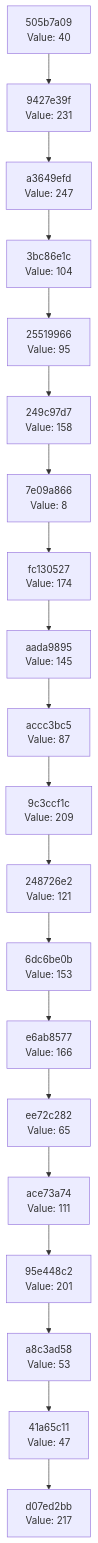
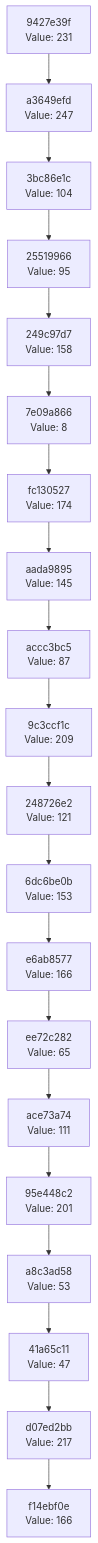
One commit to Abhisheksinha1506/hash-chain-evolver changed the diagram in docs/CHAIN_VISUALIZATION.md. Above: the diagram before and after it, drawn with Mermaid. The commit also changed 3 other files, not shown here.

````diff
--- a/docs/CHAIN_VISUALIZATION.md
+++ b/docs/CHAIN_VISUALIZATION.md
@@ -3,42 +3,42 @@
 ```mermaid
 graph TD
-    C0["d07ed2bb<br/>Value: 217"]
-    C1["41a65c11<br/>Value: 47"]
+    C0["f14ebf0e<br/>Value: 166"]
+    C1["d07ed2bb<br/>Value: 217"]
     C1 --> C0
-    C2["a8c3ad58<br/>Value: 53"]
+    C2["41a65c11<br/>Value: 47"]
     C2 --> C1
-    C3["95e448c2<br/>Value: 201"]
+    C3["a8c3ad58<br/>Value: 53"]
     C3 --> C2
-    C4["ace73a74<br/>Value: 111"]
+    C4["95e448c2<br/>Value: 201"]
     C4 --> C3
-    C5["ee72c282<br/>Value: 65"]
+    C5["ace73a74<br/>Value: 111"]
     C5 --> C4
-    C6["e6ab8577<br/>Value: 166"]
+    C6["ee72c282<br/>Value: 65"]
     C6 --> C5
-    C7["6dc6be0b<br/>Value: 153"]
+    C7["e6ab8577<br/>Value: 166"]
     C7 --> C6
-    C8["248726e2<br/>Value: 121"]
+    C8["6dc6be0b<br/>Value: 153"]
     C8 --> C7
-    C9["9c3ccf1c<br/>Value: 209"]
+    C9["248726e2<br/>Value: 121"]
     C9 --> C8
-    C10["accc3bc5<br/>Value: 87"]
+    C10["9c3ccf1c<br/>Value: 209"]
     C10 --> C9
-    C11["aada9895<br/>Value: 145"]
+    C11["accc3bc5<br/>Value: 87"]
     C11 --> C10
-    C12["fc130527<br/>Value: 174"]
+    C12["aada9895<br/>Value: 145"]
     C12 --> C11
-    C13["7e09a866<br/>Value: 8"]
+    C13["fc130527<br/>Value: 174"]
     C13 --> C12
-    C14["249c97d7<br/>Value: 158"]
+    C14["7e09a866<br/>Value: 8"]
     C14 --> C13
-    C15["25519966<br/>Value: 95"]
+    C15["249c97d7<br/>Value: 158"]
     C15 --> C14
-    C16["3bc86e1c<br/>Value: 104"]
+    C16["25519966<br/>Value: 95"]
     C16 --> C15
-    C17["a3649efd<br/>Value: 247"]
+    C17["3bc86e1c<br/>Value: 104"]
     C17 --> C16
-    C18["9427e39f<br/>Value: 231"]
+    C18["a3649efd<br/>Value: 247"]
     C18 --> C17
-    C19["505b7a09<br/>Value: 40"]
+    C19["9427e39f<br/>Value: 231"]
     C19 --> C18
 ```
````
